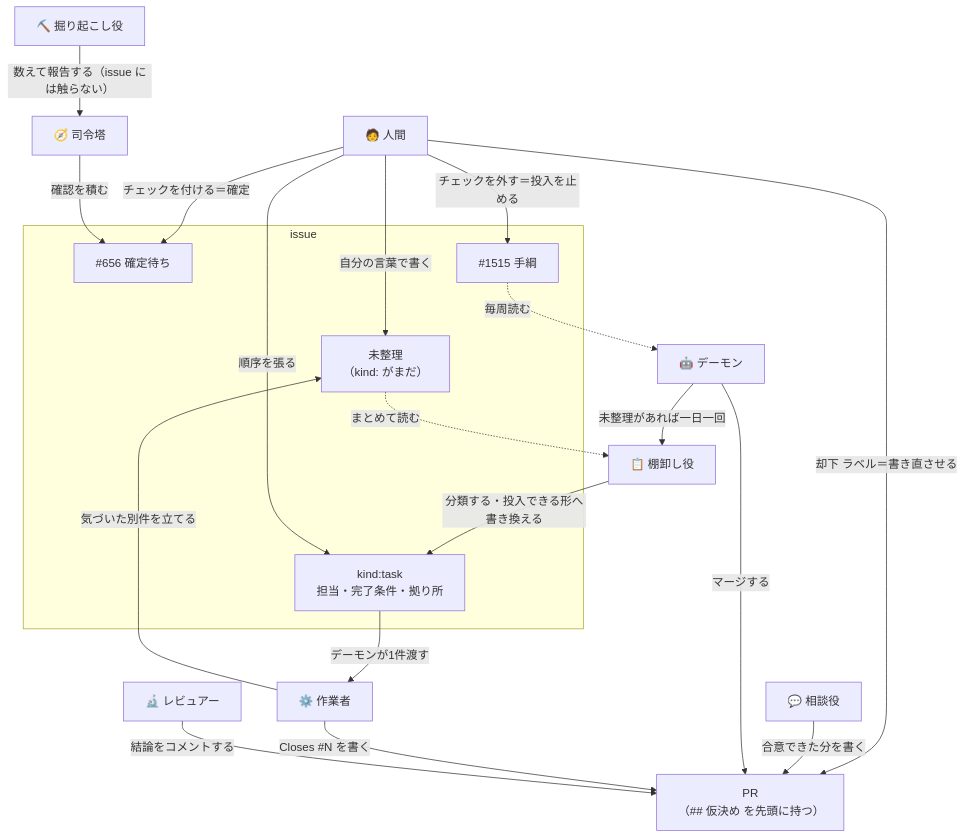
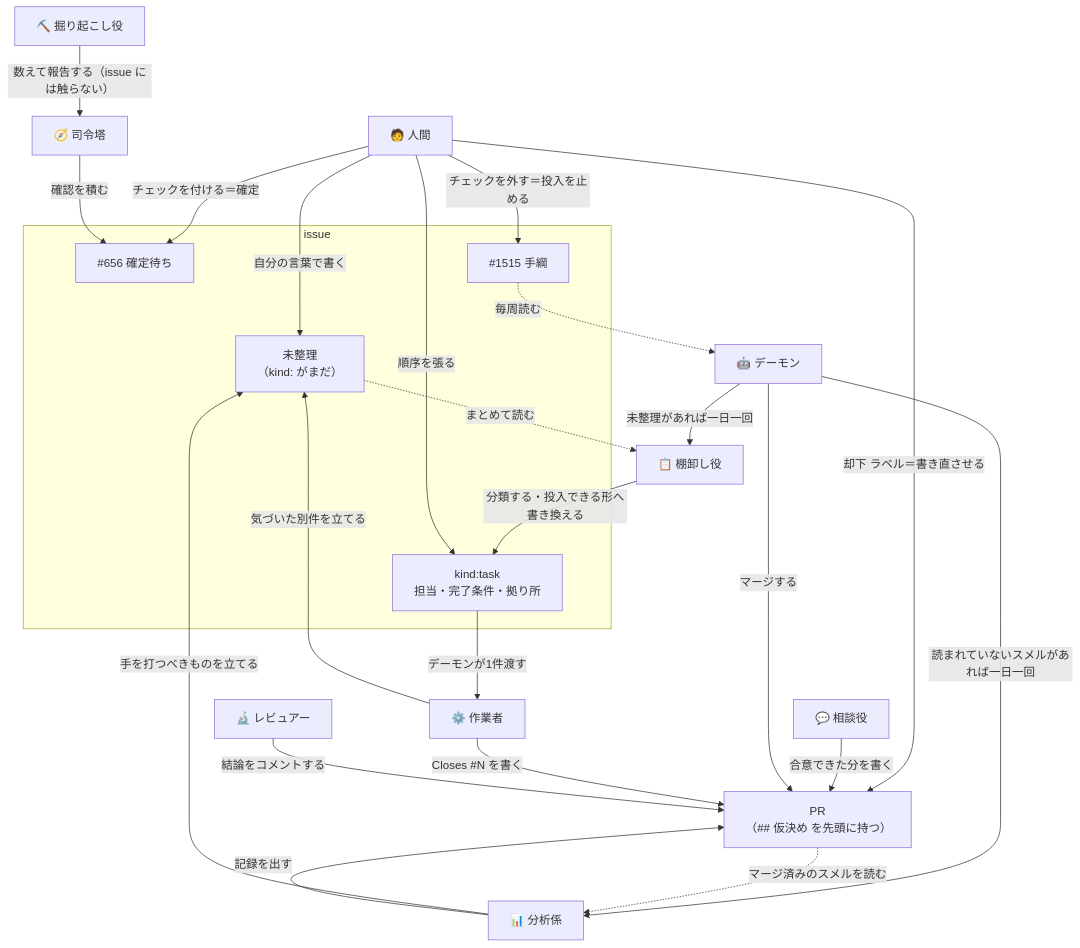
The second of 5 diagrams in docs/ParallelAgents.md (gooyyu1/UnmappedIsland), drawn with Mermaid before and after one commit. The commit also changed other lines of this file and 6 other files, not shown here.

````diff
--- a/docs/ParallelAgents.md
+++ b/docs/ParallelAgents.md
@@ -129,37 +133,42 @@
 ```mermaid
 flowchart TB
     Human["🧑 人間"]
     Cmd["🧭 司令塔"]
     Daemon["🤖 デーモン"]
     Adviser["💬 相談役"]
     Digger["⛏️ 掘り起こし役"]
     Triage["📋 棚卸し役"]
+    Analysis["📊 分析係"]
     Worker["⚙️ 作業者"]
     Reviewer["🔬 レビュアー"]
 
     subgraph Issues["issue"]
         New["未整理<br/>（kind: がまだ）"]
         Task["kind:task<br/>担当・完了条件・拠り所"]
         Ask["#656 確定待ち"]
         Brake["#1515 手綱"]
     end
     PR["PR<br/>（## 仮決め を先頭に持つ）"]
 
     Human -->|"自分の言葉で書く"| New
     Human -->|"チェックを付ける＝確定"| Ask
     Human -->|"チェックを外す＝投入を止める"| Brake
     Human -->|"却下 ラベル＝書き直させる"| PR
     Brake -.->|"毎周読む"| Daemon
     Digger -->|"数えて報告する（issue には触らない）"| Cmd
     Adviser -->|"合意できた分を書く"| PR
     Cmd -->|"確認を積む"| Ask
     Daemon -->|"マージする"| PR
     Daemon -->|"未整理があれば一日一回"| Triage
     New -.->|"まとめて読む"| Triage
     Triage -->|"分類する・投入できる形へ書き換える"| Task
     Human -->|"順序を張る"| Task
     Task -->|"デーモンが1件渡す"| Worker
     Worker -->|"Closes #N を書く"| PR
     Worker -->|"気づいた別件を立てる"| New
     Reviewer -->|"結論をコメントする"| PR
+    Daemon -->|"読まれていないスメルがあれば一日一回"| Analysis
+    PR -.->|"マージ済みのスメルを読む"| Analysis
+    Analysis -->|"手を打つべきものを立てる"| New
+    Analysis -->|"記録を出す"| PR
 ```
````
